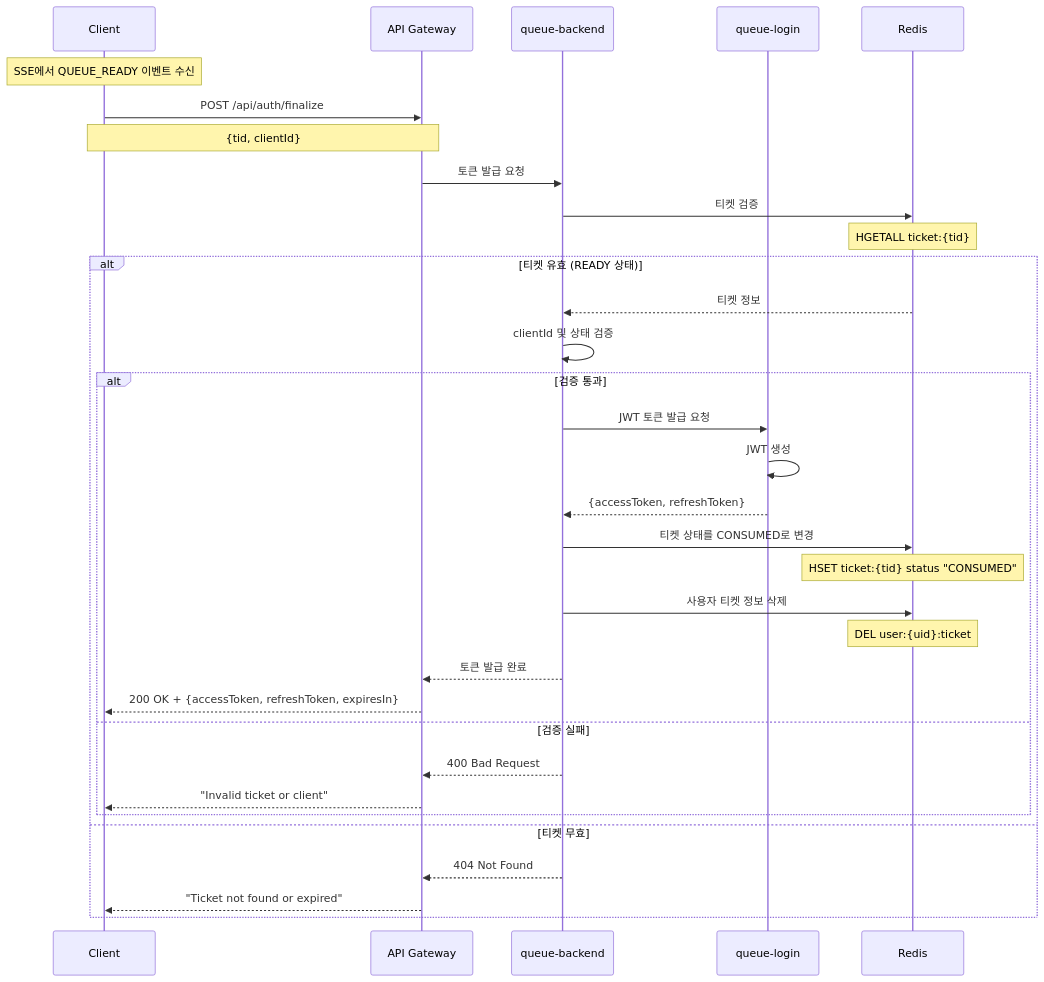
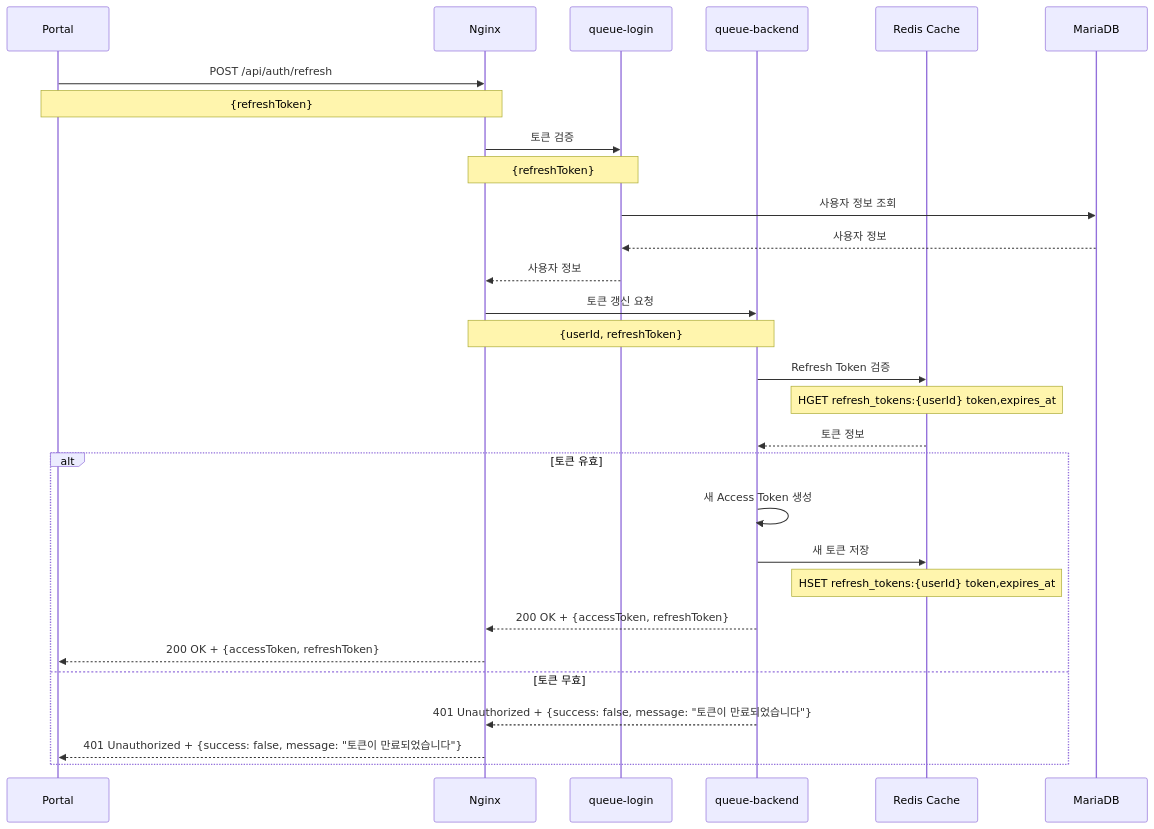
One commit to exodus-openstack/queue changed the fourth of 5 diagrams in docs/Usecase.md. Above: the diagram before and after it, drawn with Mermaid. The commit also changed other lines of this file and 2 other files, not shown here.

Commit message:
Add system architecture documentation and update usecase documentation

````diff
--- a/docs/Usecase.md
+++ b/docs/Usecase.md
@@ -664,43 +357,35 @@
 ```mermaid
 sequenceDiagram
-    participant C as Client
-    participant API as API Gateway
-    participant Backend as queue-backend
-    participant Login as queue-login
-    participant Redis as Redis
+    participant C as Portal
+    participant NGINX as Nginx
+    participant LOGIN as queue-login
+    participant BACKEND as queue-backend
+    participant REDIS as Redis Cache
+    participant DB as MariaDB
     
-    Note over C: SSE에서 QUEUE_READY 이벤트 수신
+    C->>NGINX: POST /api/auth/refresh
+    Note over C,NGINX: {refreshToken}
     
-    C->>API: POST /api/auth/finalize
-    Note over C,API: {tid, clientId}
+    NGINX->>LOGIN: 토큰 검증
+    Note over NGINX,LOGIN: {refreshToken}
+    LOGIN->>DB: 사용자 정보 조회
+    DB-->>LOGIN: 사용자 정보
+    LOGIN-->>NGINX: 사용자 정보
     
-    API->>Backend: 토큰 발급 요청
-    Backend->>Redis: 티켓 검증
-    Note over Redis: HGETALL ticket:{tid}
+    NGINX->>BACKEND: 토큰 갱신 요청
+    Note over NGINX,BACKEND: {userId, refreshToken}
+    BACKEND->>REDIS: Refresh Token 검증
+    Note over REDIS: HGET refresh_tokens:{userId} token,expires_at
+    REDIS-->>BACKEND: 토큰 정보
     
-    alt 티켓 유효 (READY 상태)
-        Redis-->>Backend: 티켓 정보
-        Backend->>Backend: clientId 및 상태 검증
-        
-        alt 검증 통과
-            Backend->>Login: JWT 토큰 발급 요청
-            Login->>Login: JWT 생성
-            Login-->>Backend: {accessToken, refreshToken}
-            
-            Backend->>Redis: 티켓 상태를 CONSUMED로 변경
-            Note over Redis: HSET ticket:{tid} status "CONSUMED"
-            
-            Backend->>Redis: 사용자 티켓 정보 삭제
-            Note over Redis: DEL user:{uid}:ticket
-            
-            Backend-->>API: 토큰 발급 완료
-            API-->>C: 200 OK + {accessToken, refreshToken, expiresIn}
-        else 검증 실패
-            Backend-->>API: 400 Bad Request
-            API-->>C: "Invalid ticket or client"
-        end
-    else 티켓 무효
-        Backend-->>API: 404 Not Found
-        API-->>C: "Ticket not found or expired"
+    alt 토큰 유효
+        BACKEND->>BACKEND: 새 Access Token 생성
+        BACKEND->>REDIS: 새 토큰 저장
+        Note over REDIS: HSET refresh_tokens:{userId} token,expires_at
+        BACKEND-->>NGINX: 200 OK + {accessToken, refreshToken}
+        NGINX-->>C: 200 OK + {accessToken, refreshToken}
+    else 토큰 무효
+        BACKEND-->>NGINX: 401 Unauthorized + {success: false, message: "토큰이 만료되었습니다"}
+        NGINX-->>C: 401 Unauthorized + {success: false, message: "토큰이 만료되었습니다"}
     end
 ```
````
